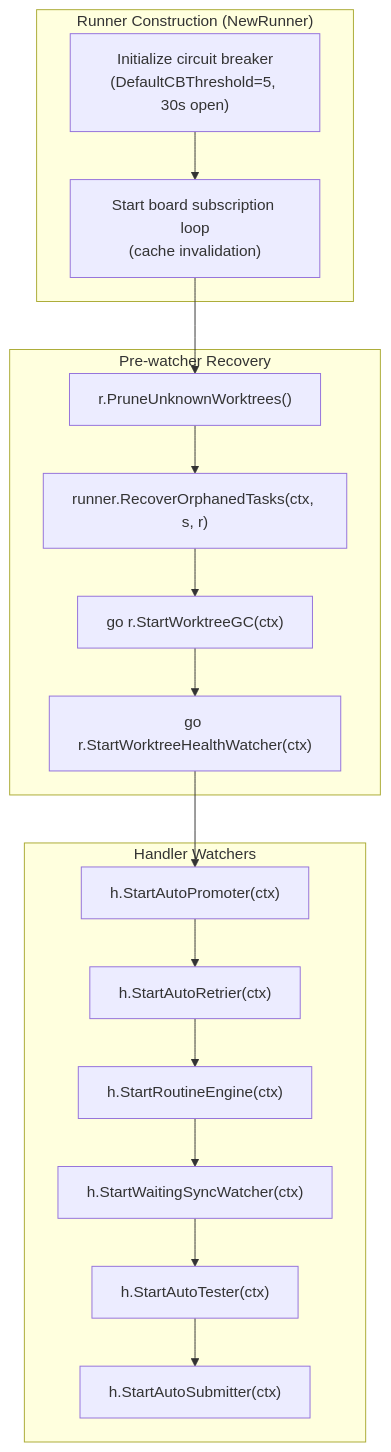
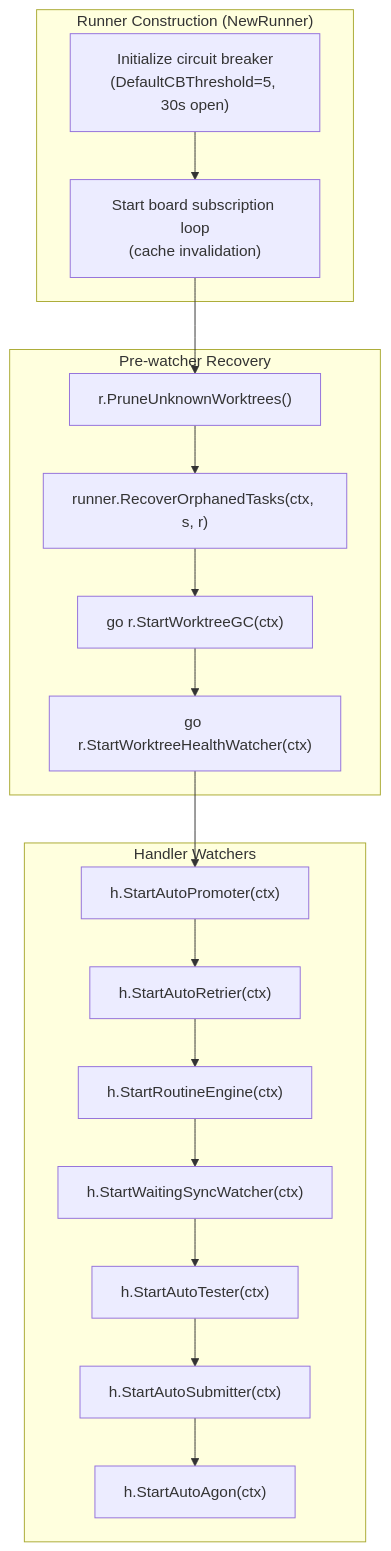
The first of 5 diagrams in docs/internals/automation.md (changkun/wallfacer), drawn with Mermaid before and after one commit. The commit also changed other lines of this file and 55 other files, not shown here.

````diff
--- a/docs/internals/automation.md
+++ b/docs/internals/automation.md
@@ -31,26 +31,27 @@
 ```mermaid
 flowchart TD
     subgraph "Runner Construction (NewRunner)"
         A1["Initialize circuit breaker<br/>(DefaultCBThreshold=5, 30s open)"]
         A2["Start board subscription loop<br/>(cache invalidation)"]
     end
 
     subgraph "Pre-watcher Recovery"
         B1["r.PruneUnknownWorktrees()"]
         B2["runner.RecoverOrphanedTasks(ctx, s, r)"]
         B3["go r.StartWorktreeGC(ctx)"]
         B4["go r.StartWorktreeHealthWatcher(ctx)"]
     end
 
     subgraph "Handler Watchers"
         C1["h.StartAutoPromoter(ctx)"]
         C2["h.StartAutoRetrier(ctx)"]
         C3["h.StartRoutineEngine(ctx)"]
         C4["h.StartWaitingSyncWatcher(ctx)"]
         C5["h.StartAutoTester(ctx)"]
         C6["h.StartAutoSubmitter(ctx)"]
+        C7["h.StartAutoAgon(ctx)"]
     end
 
     A1 --> A2 --> B1 --> B2 --> B3 --> B4
-    B4 --> C1 --> C2 --> C3 --> C4 --> C5 --> C6
+    B4 --> C1 --> C2 --> C3 --> C4 --> C5 --> C6 --> C7
 ```
````
